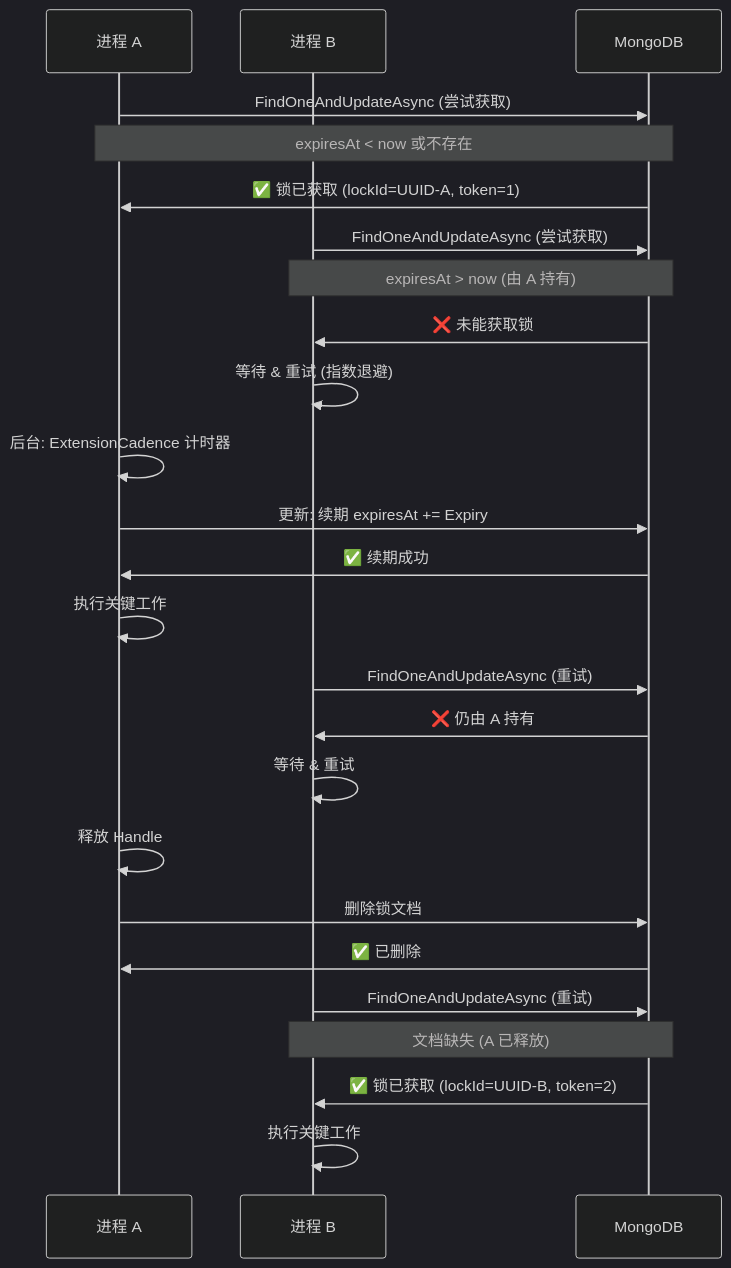
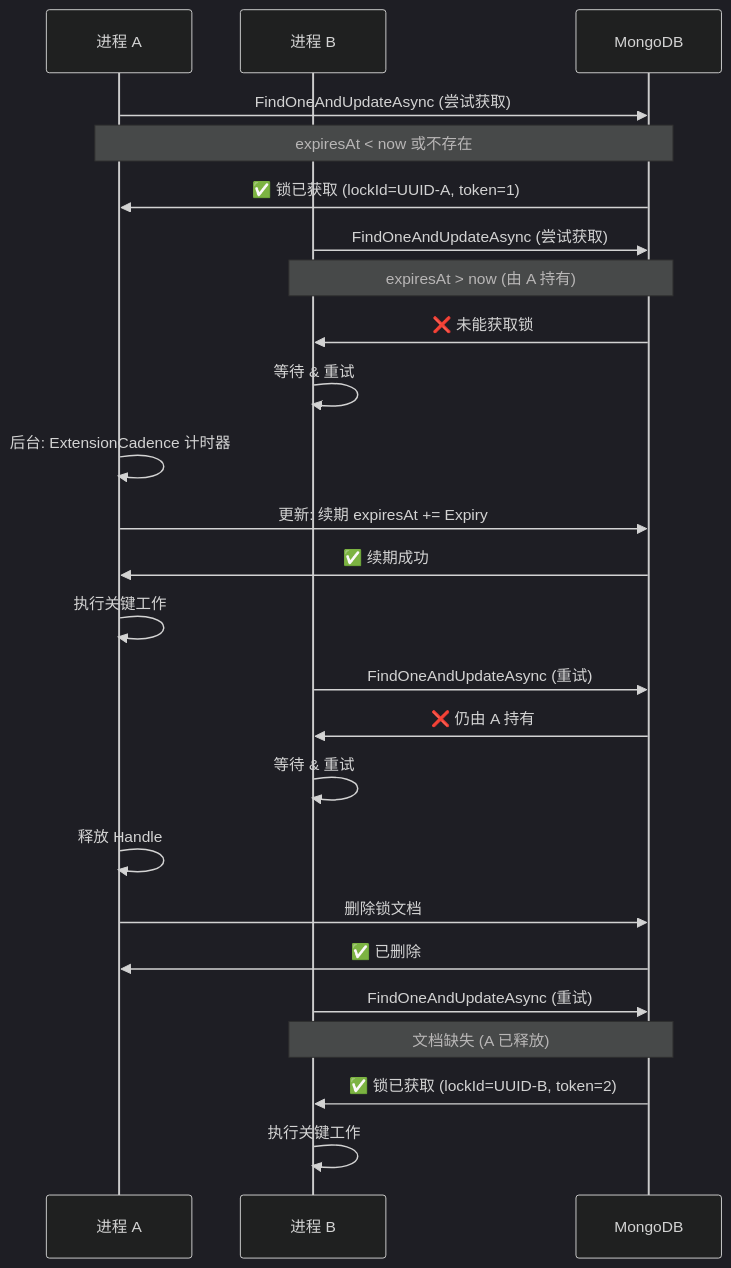
One commit to madelson/DistributedLock changed the fifth of 6 diagrams in src/DistributedLock.MongoDB/README.zh-CN.md. Above: the diagram before and after it, drawn with Mermaid (dark theme). The commit also changed other lines of this file, not shown here.

````diff
--- a/src/DistributedLock.MongoDB/README.zh-CN.md
+++ b/src/DistributedLock.MongoDB/README.zh-CN.md
@@ -288,35 +288,35 @@
 ```mermaid
 sequenceDiagram
     participant PA as 进程 A
     participant PB as 进程 B
     participant DB as MongoDB
 
     PA->>DB: FindOneAndUpdateAsync (尝试获取)
     Note over PA,DB: expiresAt < now 或不存在
     DB->>PA: ✅ 锁已获取 (lockId=UUID-A, token=1)
 
     PB->>DB: FindOneAndUpdateAsync (尝试获取)
     Note over PB,DB: expiresAt > now (由 A 持有)
     DB->>PB: ❌ 未能获取锁
 
-    PB->>PB: 等待 & 重试 (指数退避)
+    PB->>PB: 等待 & 重试
 
     PA->>PA: 后台: ExtensionCadence 计时器
     PA->>DB: 更新: 续期 expiresAt += Expiry
     DB->>PA: ✅ 续期成功
 
     PA->>PA: 执行关键工作
 
     PB->>DB: FindOneAndUpdateAsync (重试)
     DB->>PB: ❌ 仍由 A 持有
     PB->>PB: 等待 & 重试
 
     PA->>PA: 释放 Handle
     PA->>DB: 删除锁文档
     DB->>PA: ✅ 已删除
 
     PB->>DB: FindOneAndUpdateAsync (重试)
     Note over PB,DB: 文档缺失 (A 已释放)
     DB->>PB: ✅ 锁已获取 (lockId=UUID-B, token=2)
     PB->>PB: 执行关键工作
 ```
````
